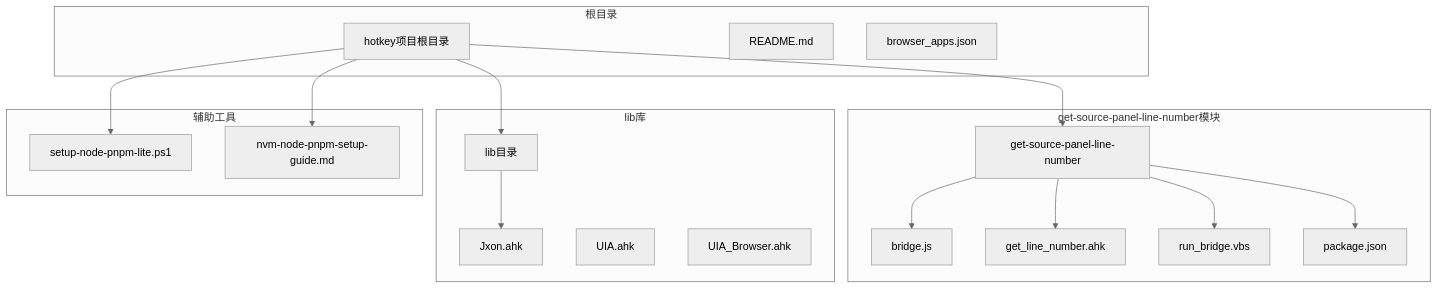
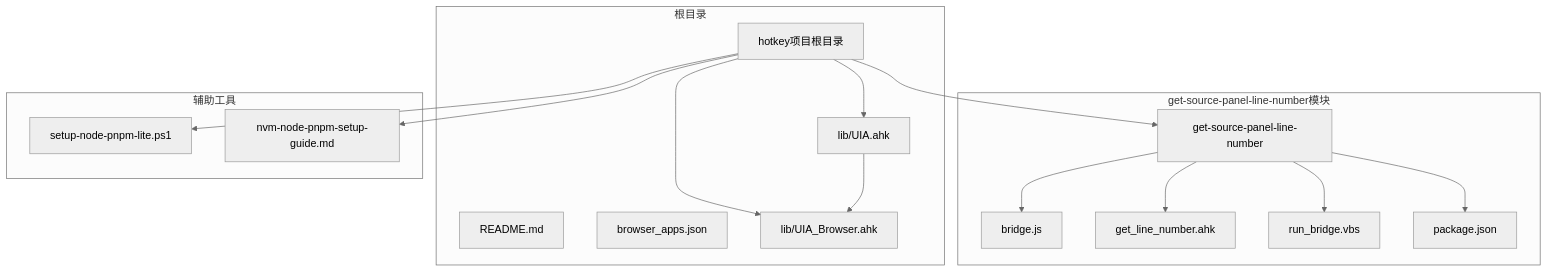
One commit to wangys-123doit/hotkey changed the first of 8 diagrams in .qoder/repowiki/zh/content/外部工具集成/Node.js桥接工具.md. Above: the diagram before and after it, drawn with Mermaid (neutral theme). The commit also changed other lines of this file and 5 other files, not shown here.

````diff
--- a/.qoder/repowiki/zh/content/外部工具集成/Node.js桥接工具.md
+++ b/.qoder/repowiki/zh/content/外部工具集成/Node.js桥接工具.md
@@ -42,34 +52,31 @@
 ```mermaid
 graph TB
 subgraph "根目录"
 Root[hotkey项目根目录]
 README[README.md]
 Config[browser_apps.json]
+UIA[lib/UIA.ahk]
+UIABrowser[lib/UIA_Browser.ahk]
 end
 subgraph "get-source-panel-line-number模块"
 Module[get-source-panel-line-number]
 BridgeJS[bridge.js]
 AHKScript[get_line_number.ahk]
 VBSRun[run_bridge.vbs]
 PackageJSON[package.json]
 end
-subgraph "lib库"
-Lib[lib目录]
-Jxon[Jxon.ahk]
-UIA[UIA.ahk]
-UIABrowser[UIA_Browser.ahk]
-end
 subgraph "辅助工具"
 Setup[setup-node-pnpm-lite.ps1]
 Guide[nvm-node-pnpm-setup-guide.md]
 end
 Root --> Module
-Root --> Lib
+Root --> UIA
+Root --> UIABrowser
 Root --> Setup
 Root --> Guide
 Module --> BridgeJS
 Module --> AHKScript
 Module --> VBSRun
 Module --> PackageJSON
-Lib --> Jxon
+UIA --> UIABrowser
 ```
````
